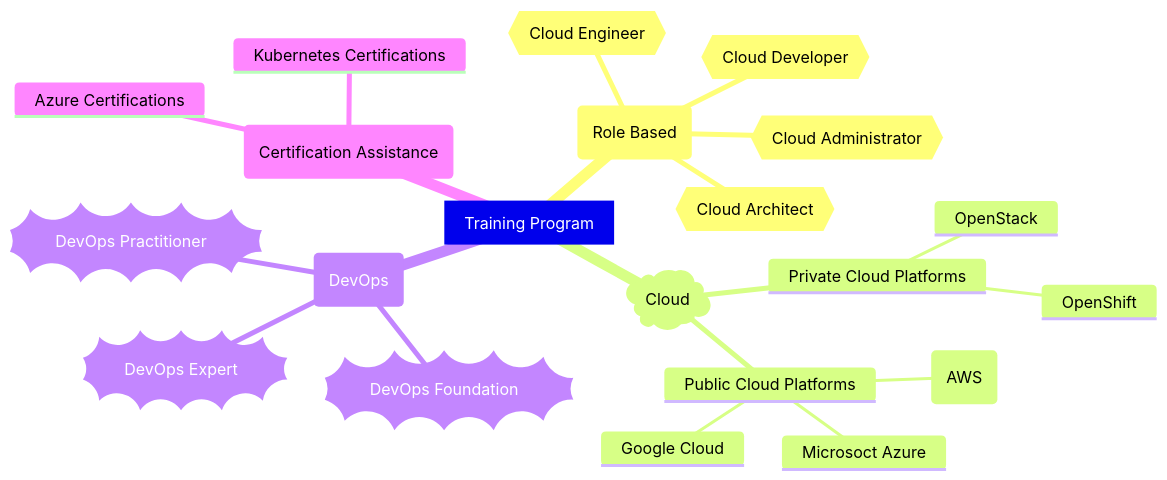
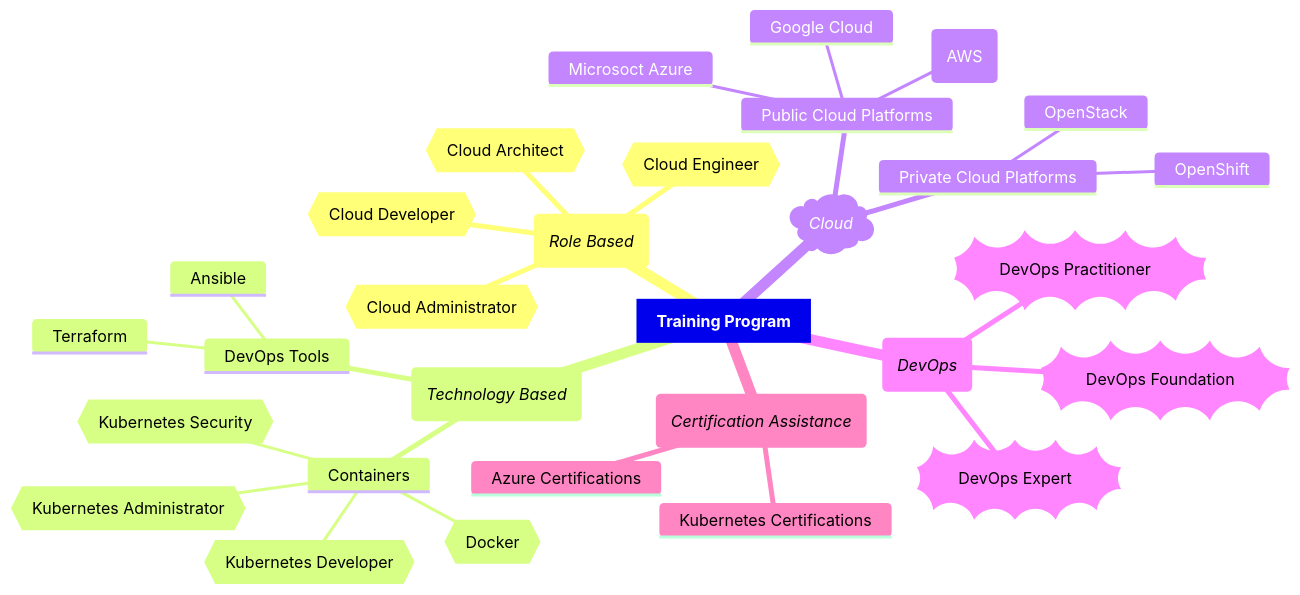
The diagram in README.md (cloudnativehero/training), drawn with Mermaid before and after one commit. The commit also changed other lines of this file and 20 other files, not shown here.

````diff
--- a/README.md
+++ b/README.md
@@ -3,24 +3,33 @@
 ```mermaid
   mindmap
-    root[Training Program]
-      (Role Based)
+    root[**Training Program**]
+      (*Role Based*)
         {{Cloud Developer}}
         {{Cloud Administrator}}
         {{Cloud Engineer}}
         {{Cloud Architect}}
-      )Cloud(
+      (*Technology Based*)
+        Containers
+          {{Docker}}
+          {{Kubernetes Developer}}
+          {{Kubernetes Administrator}}
+          {{Kubernetes Security}}
+        DevOps Tools
+          Terraform
+          Ansible
+      )*Cloud*(
         Public Cloud Platforms
           Microsoct Azure
           Amazon Web Services (AWS)
           Google Cloud
         Private Cloud Platforms
           OpenStack
           OpenShift
-      (DevOps)
+      (*DevOps*)
         ))DevOps Foundation((
         ))DevOps Practitioner((
         ))DevOps Expert((
-      (Certification Assistance)
+      (*Certification Assistance*)
         Kubernetes Certifications
         Azure Certifications
 ```
````
